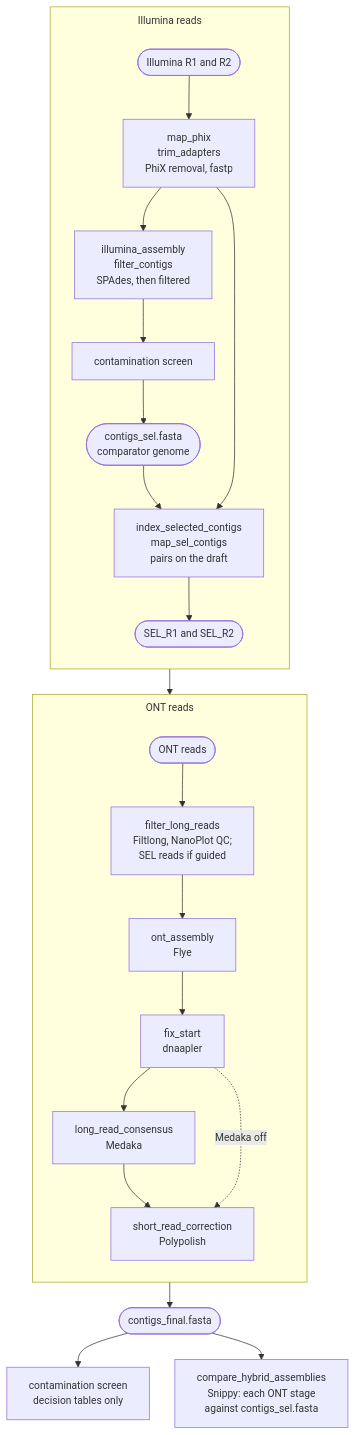
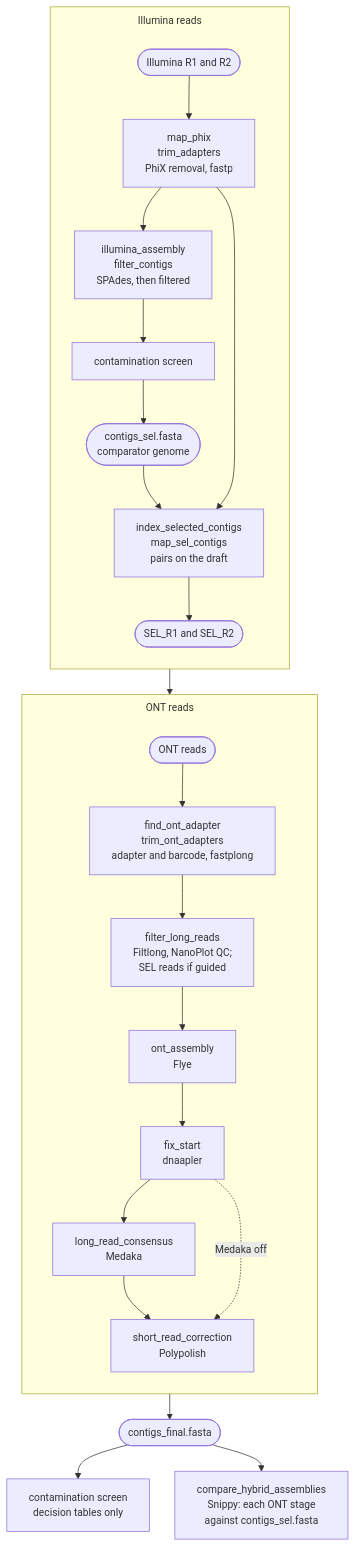
The diagram in docs/modes/hybrid.md (iLivius/BacFlux), drawn with Mermaid before and after one commit. The commit also changed other lines of this file and 45 other files, not shown here.

````diff
--- a/docs/modes/hybrid.md
+++ b/docs/modes/hybrid.md
@@ -13,43 +13,44 @@
 ```mermaid
 ---
 config:
   themeVariables:
     fontSize: 14px
   flowchart:
     nodeSpacing: 35
     rankSpacing: 35
     subGraphTitleMargin:
       top: 8
       bottom: 20
 ---
 flowchart TD
     subgraph SR["Illumina reads"]
         direction TB
         IR([Illumina R1 and R2])
         TR[map_phix<br/>trim_adapters<br/>PhiX removal, fastp]
         SA[illumina_assembly<br/>filter_contigs<br/>SPAdes, then filtered]
         SSC[contamination screen]
         SEL([contigs_sel.fasta<br/>comparator genome])
         MSC[index_selected_contigs<br/>map_sel_contigs<br/>pairs on the draft]
         SELR([SEL_R1 and SEL_R2])
         IR --> TR --> SA --> SSC --> SEL --> MSC --> SELR
         TR --> MSC
     end
 
     subgraph LA["ONT reads"]
         direction TB
         OR([ONT reads])
+        TRM[find_ont_adapter<br/>trim_ont_adapters<br/>adapter and barcode, fastplong]
         FL[filter_long_reads<br/>Filtlong, NanoPlot QC;<br/>SEL reads if guided]
         ASM[ont_assembly<br/>Flye]
         FIX[fix_start<br/>dnaapler]
         MED[long_read_consensus<br/>Medaka]
         POL[short_read_correction<br/>Polypolish]
-        OR --> FL --> ASM --> FIX --> MED --> POL
+        OR --> TRM --> FL --> ASM --> FIX --> MED --> POL
         FIX -.->|Medaka off| POL
     end
     SELR --> POL
 
     POL --> OUT([contigs_final.fasta])
     OUT --> FSC[contamination screen<br/>decision tables only]
     OUT --> CMP[compare_hybrid_assemblies<br/>Snippy: each ONT stage<br/>against contigs_sel.fasta]
 ```
````
